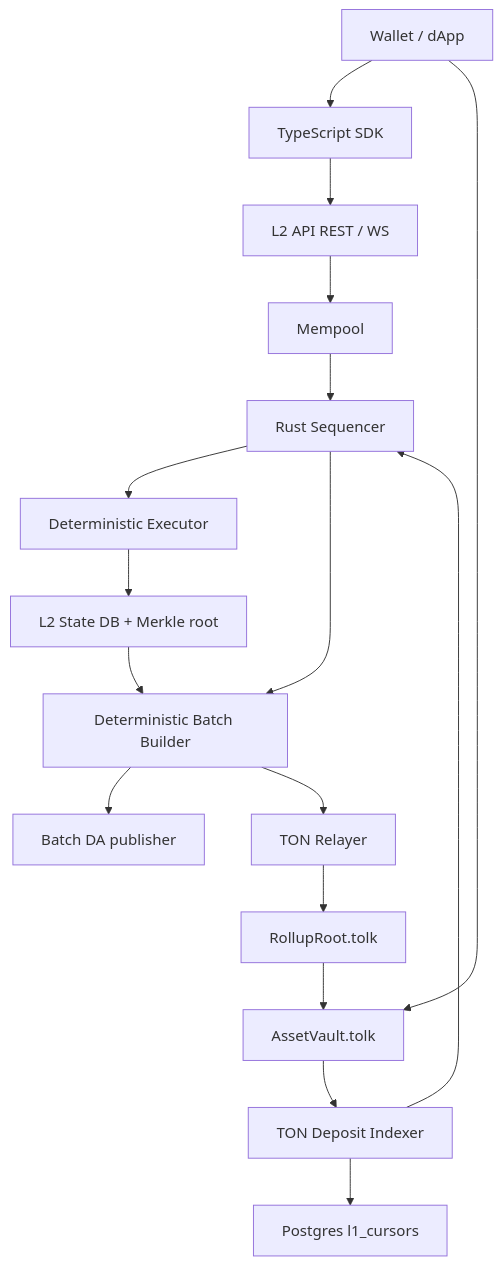
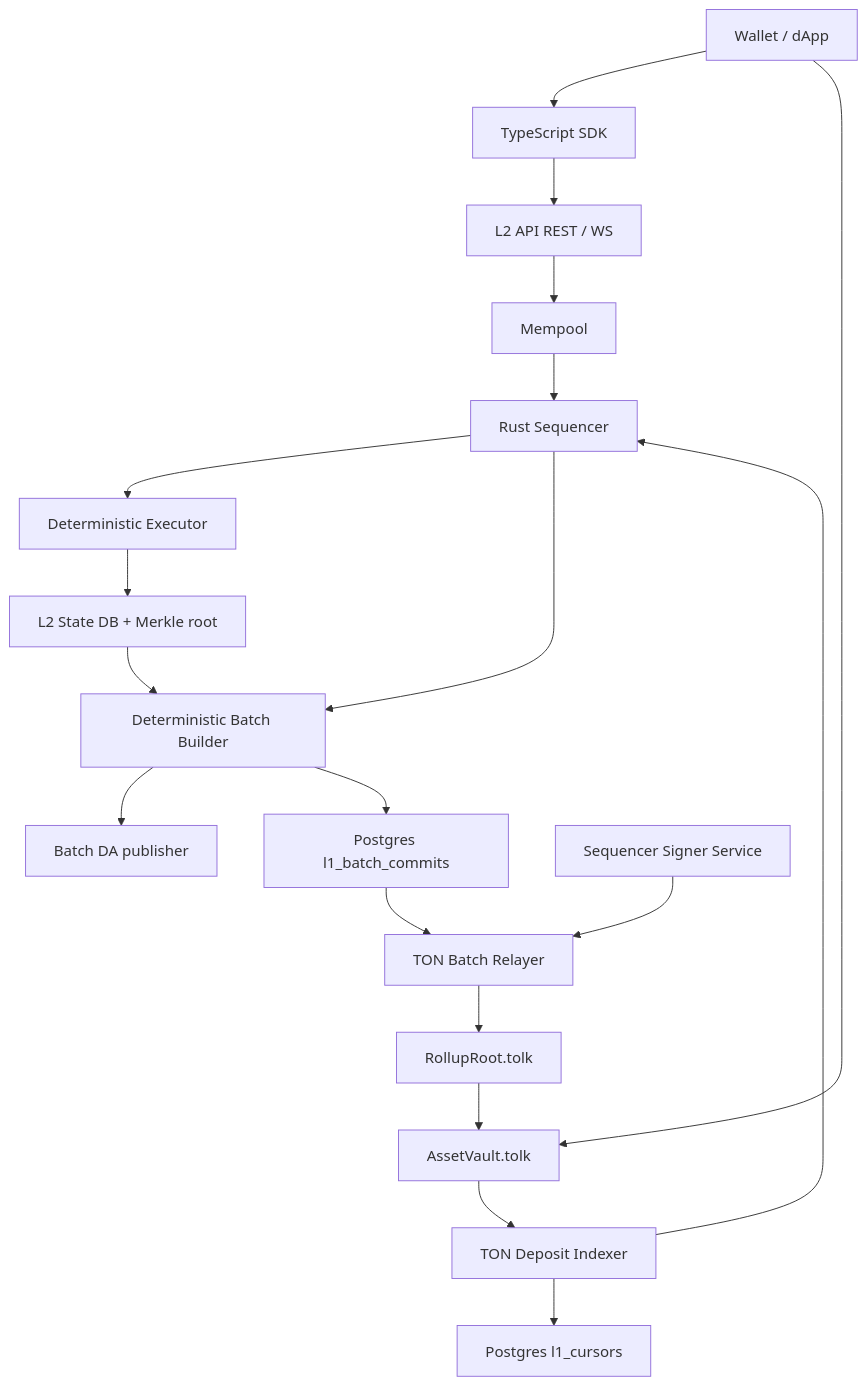
The diagram in docs/architecture.md (SoftwareMaestro16/L2-Layer), drawn with Mermaid before and after one commit. The commit also changed other lines of this file and 13 other files, not shown here.

Commit message:
feat(relayer): submit batch commitments to ton

````diff
--- a/docs/architecture.md
+++ b/docs/architecture.md
@@ -3,19 +3,21 @@
 ```mermaid
 flowchart TB
   User["Wallet / dApp"] --> SDK["TypeScript SDK"]
   SDK --> API["L2 API REST / WS"]
   API --> Mempool["Mempool"]
   Mempool --> Sequencer["Rust Sequencer"]
   Indexer["TON Deposit Indexer"] --> Sequencer
   Indexer --> Cursor["Postgres l1_cursors"]
   Sequencer --> Executor["Deterministic Executor"]
   Executor --> State["L2 State DB + Merkle root"]
   Sequencer --> Builder["Deterministic Batch Builder"]
   State --> Builder
   Builder --> DA["Batch DA publisher"]
-  Builder --> Relayer["TON Relayer"]
+  Builder --> CommitQueue["Postgres l1_batch_commits"]
+  CommitQueue --> Relayer["TON Batch Relayer"]
+  Signer["Sequencer Signer Service"] --> Relayer
   Relayer --> Root["RollupRoot.tolk"]
   User --> Vault["AssetVault.tolk"]
   Root --> Vault
   Vault --> Indexer
 ```
````
